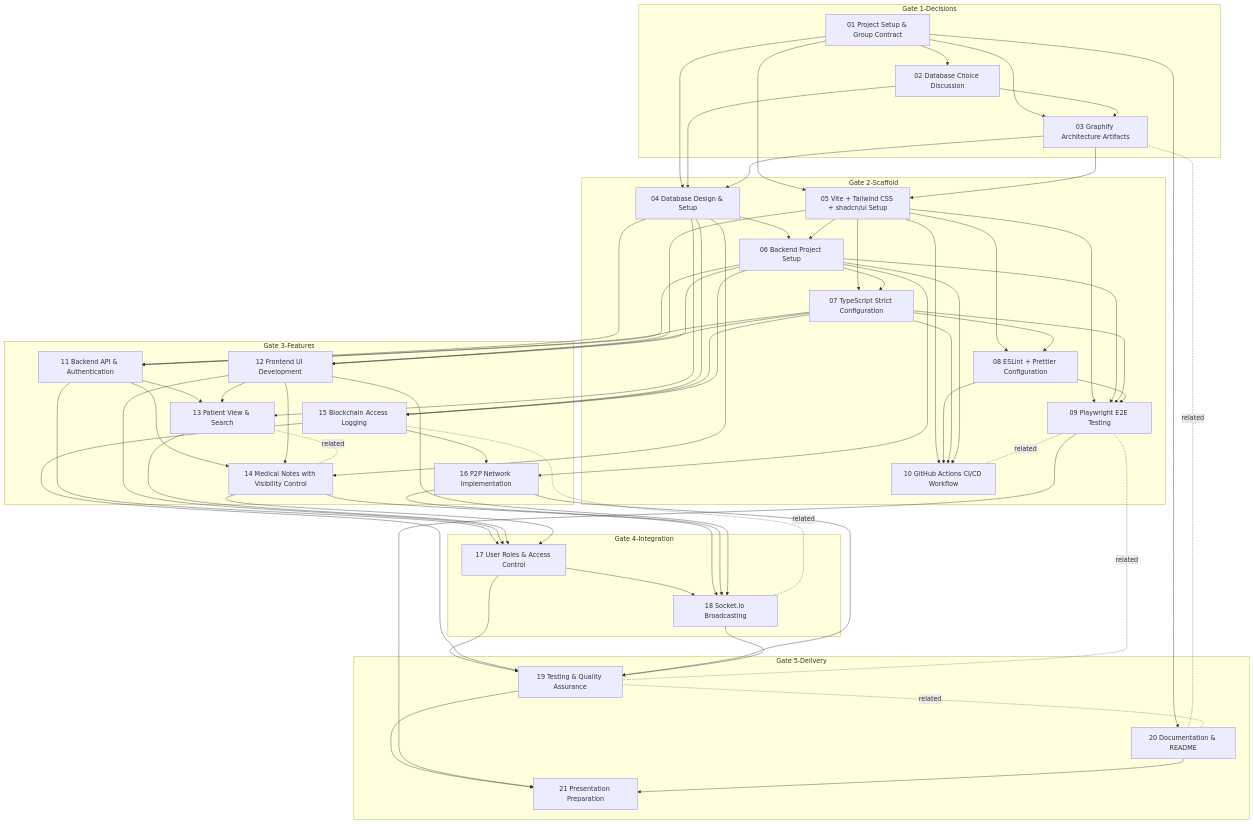
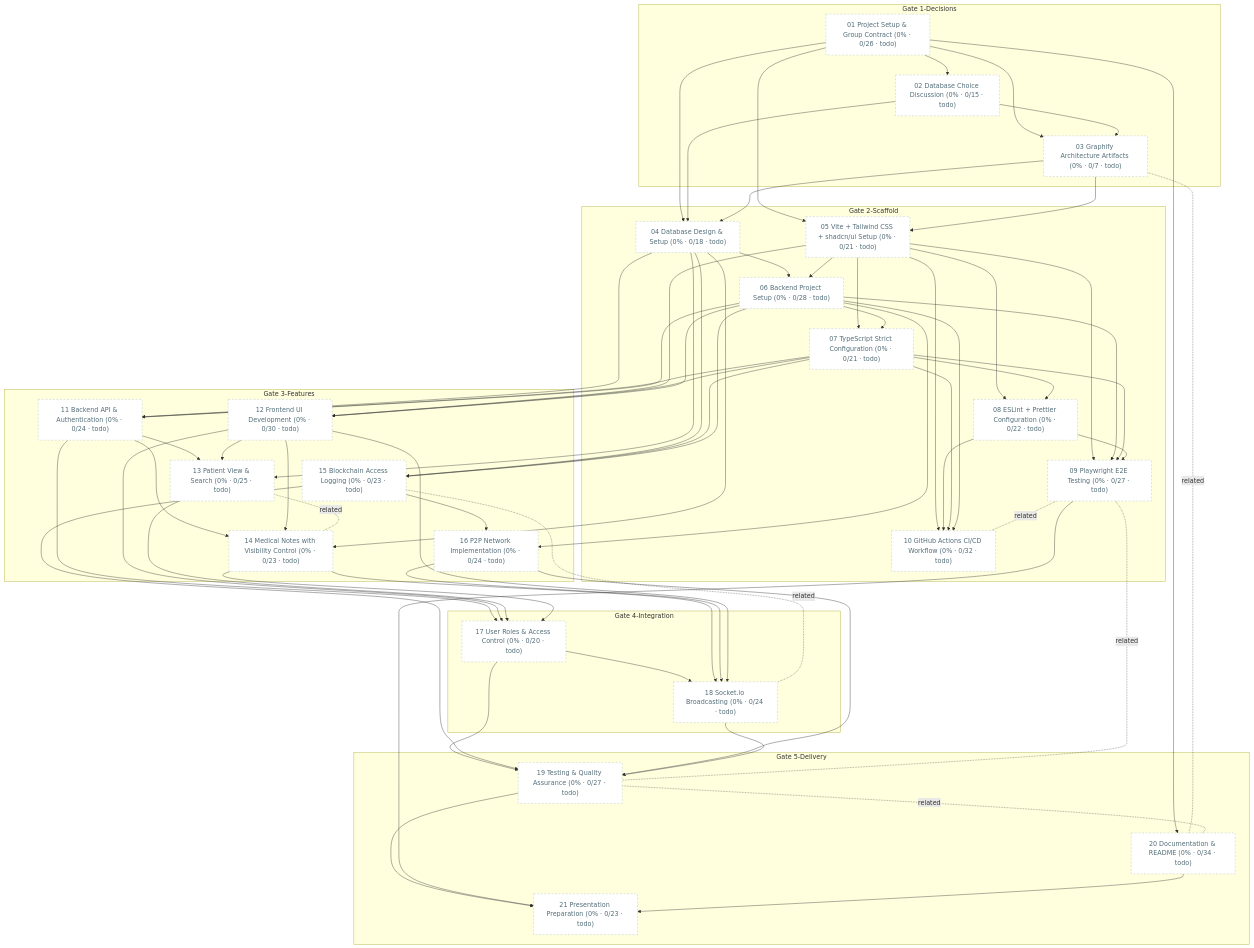
The diagram in docs/diagrams/task-dependencies.md (matdevstamp/inl-3-awesome-journal), drawn with Mermaid before and after one commit. The commit also changed other lines of this file and 4 other files, not shown here.

````diff
--- a/docs/diagrams/task-dependencies.md
+++ b/docs/diagrams/task-dependencies.md
@@ -12,36 +28,37 @@
 flowchart TD
     %% Solid arrow A --> B: B depends on A (blocked by A)
     %% Dotted line A -. related .- B: A and B are related
+    %% Colors: green done · blue in progress · dashed gray todo (not started)
     subgraph decisions["Gate 1-Decisions"]
-    T01["01 Project Setup & Group Contract"]
-    T02["02 Database Choice Discussion"]
-    T03["03 Graphify Architecture Artifacts"]
+    T01["01 Project Setup & Group Contract (0% · 0/26 · todo)"]
+    T02["02 Database Choice Discussion (0% · 0/15 · todo)"]
+    T03["03 Graphify Architecture Artifacts (0% · 0/7 · todo)"]
     end
     subgraph scaffold["Gate 2-Scaffold"]
-    T04["04 Database Design & Setup"]
-    T05["05 Vite + Tailwind CSS + shadcn/ui Setup"]
-    T06["06 Backend Project Setup"]
-    T07["07 TypeScript Strict Configuration"]
-    T08["08 ESLint + Prettier Configuration"]
-    T09["09 Playwright E2E Testing"]
-    T10["10 GitHub Actions CI/CD Workflow"]
+    T04["04 Database Design & Setup (0% · 0/18 · todo)"]
+    T05["05 Vite + Tailwind CSS + shadcn/ui Setup (0% · 0/21 · todo)"]
+    T06["06 Backend Project Setup (0% · 0/28 · todo)"]
+    T07["07 TypeScript Strict Configuration (0% · 0/21 · todo)"]
+    T08["08 ESLint + Prettier Configuration (0% · 0/22 · todo)"]
+    T09["09 Playwright E2E Testing (0% · 0/27 · todo)"]
+    T10["10 GitHub Actions CI/CD Workflow (0% · 0/32 · todo)"]
     end
     subgraph features["Gate 3-Features"]
-    T11["11 Backend API & Authentication"]
-    T12["12 Frontend UI Development"]
-    T13["13 Patient View & Search"]
-    T14["14 Medical Notes with Visibility Control"]
-    T15["15 Blockchain Access Logging"]
-    T16["16 P2P Network Implementation"]
+    T11["11 Backend API & Authentication (0% · 0/24 · todo)"]
+    T12["12 Frontend UI Development (0% · 0/30 · todo)"]
+    T13["13 Patient View & Search (0% · 0/25 · todo)"]
+    T14["14 Medical Notes with Visibility Control (0% · 0/23 · todo)"]
+    T15["15 Blockchain Access Logging (0% · 0/23 · todo)"]
+    T16["16 P2P Network Implementation (0% · 0/24 · todo)"]
     end
     subgraph integration["Gate 4-Integration"]
-    T17["17 User Roles & Access Control"]
-    T18["18 Socket.io Broadcasting"]
+    T17["17 User Roles & Access Control (0% · 0/20 · todo)"]
+    T18["18 Socket.io Broadcasting (0% · 0/24 · todo)"]
     end
     subgraph delivery["Gate 5-Delivery"]
-    T19["19 Testing & Quality Assurance"]
-    T20["20 Documentation & README"]
-    T21["21 Presentation Preparation"]
+    T19["19 Testing & Quality Assurance (0% · 0/27 · todo)"]
+    T20["20 Documentation & README (0% · 0/34 · todo)"]
+    T21["21 Presentation Preparation (0% · 0/23 · todo)"]
     end
     T01 --> T02
     T01 --> T03
@@ -104,4 +121,28 @@
     T13 -. related .- T14
     T15 -. related .- T18
     T19 -. related .- T20
+    classDef done fill:#dcedc8,stroke:#558b2f,color:#1b5e20
+    classDef doing fill:#dbe9fb,stroke:#1565c0,color:#0d47a1
+    classDef todo fill:#ffffff,stroke:#b0bec5,color:#546e7a,stroke-dasharray:5 4
+    class T01 todo;
+    class T02 todo;
+    class T03 todo;
+    class T04 todo;
+    class T05 todo;
+    class T06 todo;
+    class T07 todo;
+    class T08 todo;
+    class T09 todo;
+    class T10 todo;
+    class T11 todo;
+    class T12 todo;
+    class T13 todo;
+    class T14 todo;
+    class T15 todo;
+    class T16 todo;
+    class T17 todo;
+    class T18 todo;
+    class T19 todo;
+    class T20 todo;
+    class T21 todo;
 ```
````
